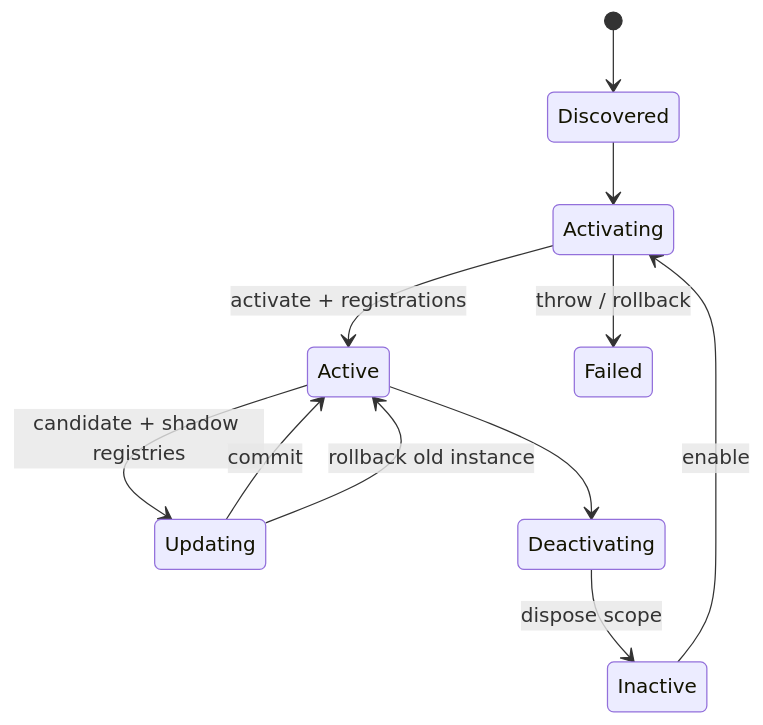
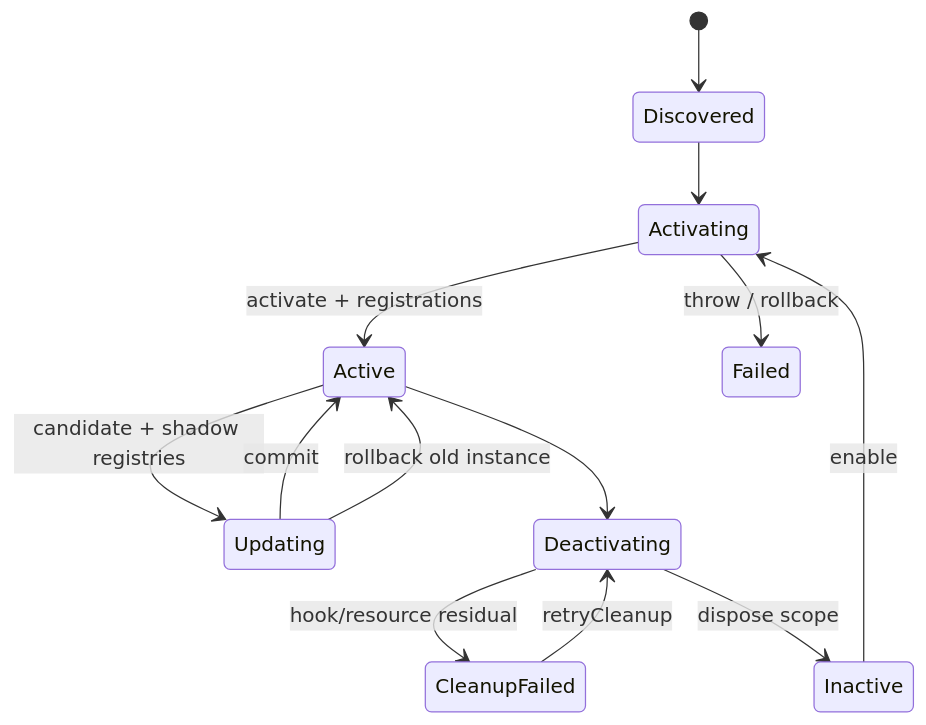
The seventh of 7 diagrams in docs/Pylon-项目架构参考.md (AlchemistCxC/Pylon-co-works), drawn with Mermaid before and after one commit. The commit also changed other lines of this file and 2 other files, not shown here.

````diff
--- a/docs/Pylon-项目架构参考.md
+++ b/docs/Pylon-项目架构参考.md
@@ -248,13 +255,15 @@
 ```mermaid
 stateDiagram-v2
   [*] --> Discovered
   Discovered --> Activating
   Activating --> Active: activate + registrations
   Activating --> Failed: throw / rollback
   Active --> Updating: candidate + shadow registries
   Updating --> Active: commit
   Updating --> Active: rollback old instance
   Active --> Deactivating
   Deactivating --> Inactive: dispose scope
+  Deactivating --> CleanupFailed: hook/resource residual
+  CleanupFailed --> Deactivating: retryCleanup
   Inactive --> Activating: enable
 ```
````
